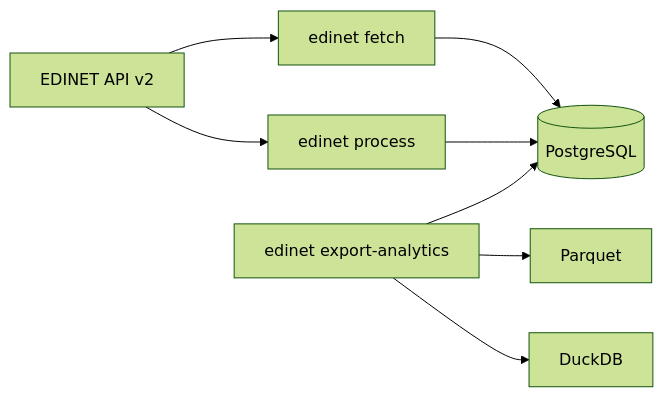
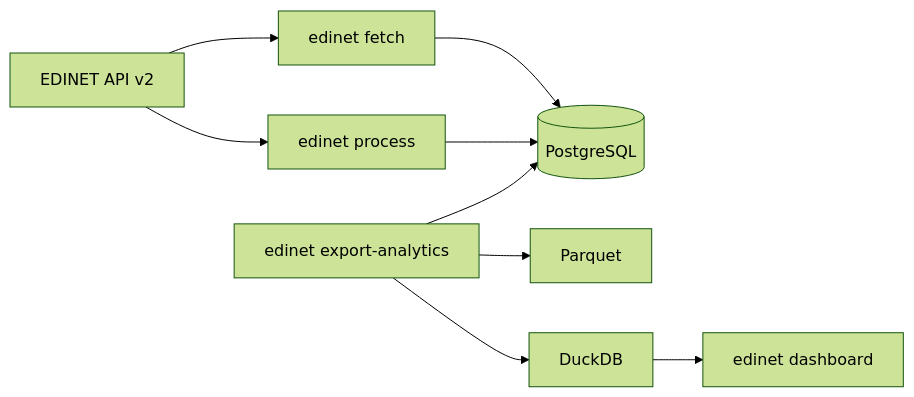
One commit to hiroshi0918/edinet_data_pipeline changed the diagram in README.md. Above: the diagram before and after it, drawn with Mermaid (forest theme). The commit also changed other lines of this file and 18 other files, not shown here.

````diff
--- a/README.md
+++ b/README.md
@@ -21,18 +24,20 @@
 ```mermaid
 graph LR
     A[EDINET API v2]
     B[edinet fetch]
     C[edinet process]
     D[(PostgreSQL)]
     E[edinet export-analytics]
     F[Parquet]
     G[DuckDB]
+    H[edinet dashboard]
 
     A --> B
     A --> C
     B --> D
     C --> D
     E --> D
     E --> F
     E --> G
+    G --> H
 ```
````
